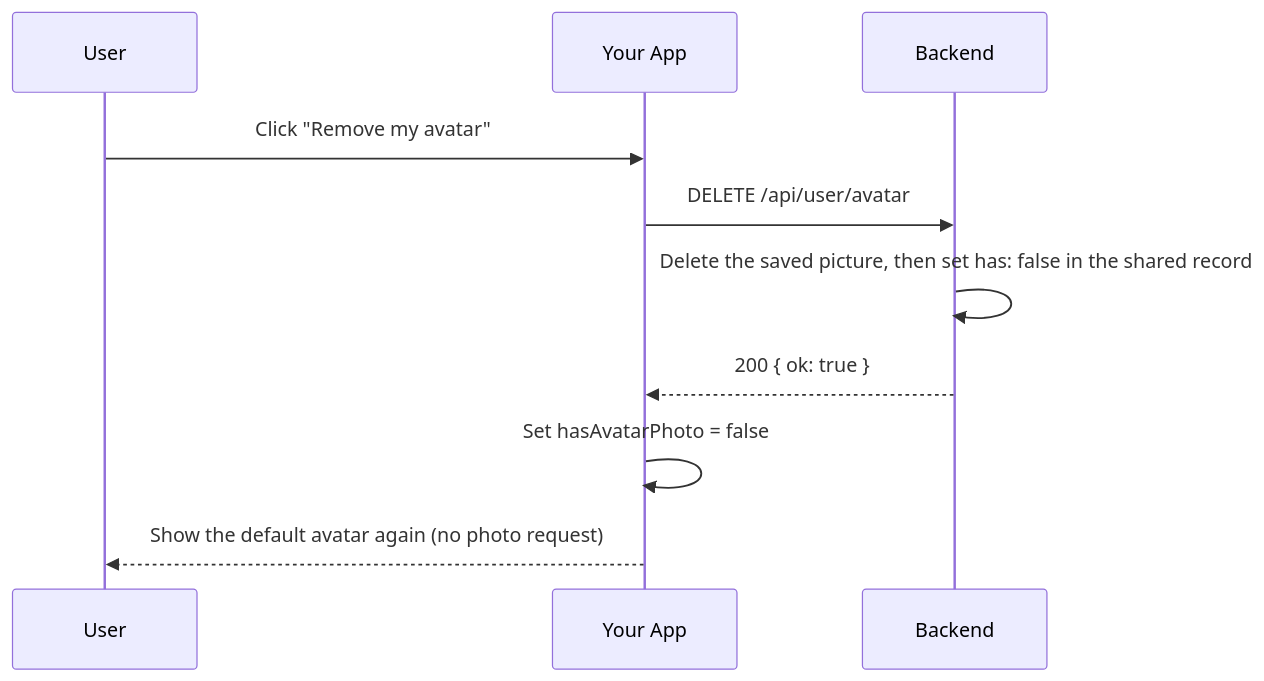
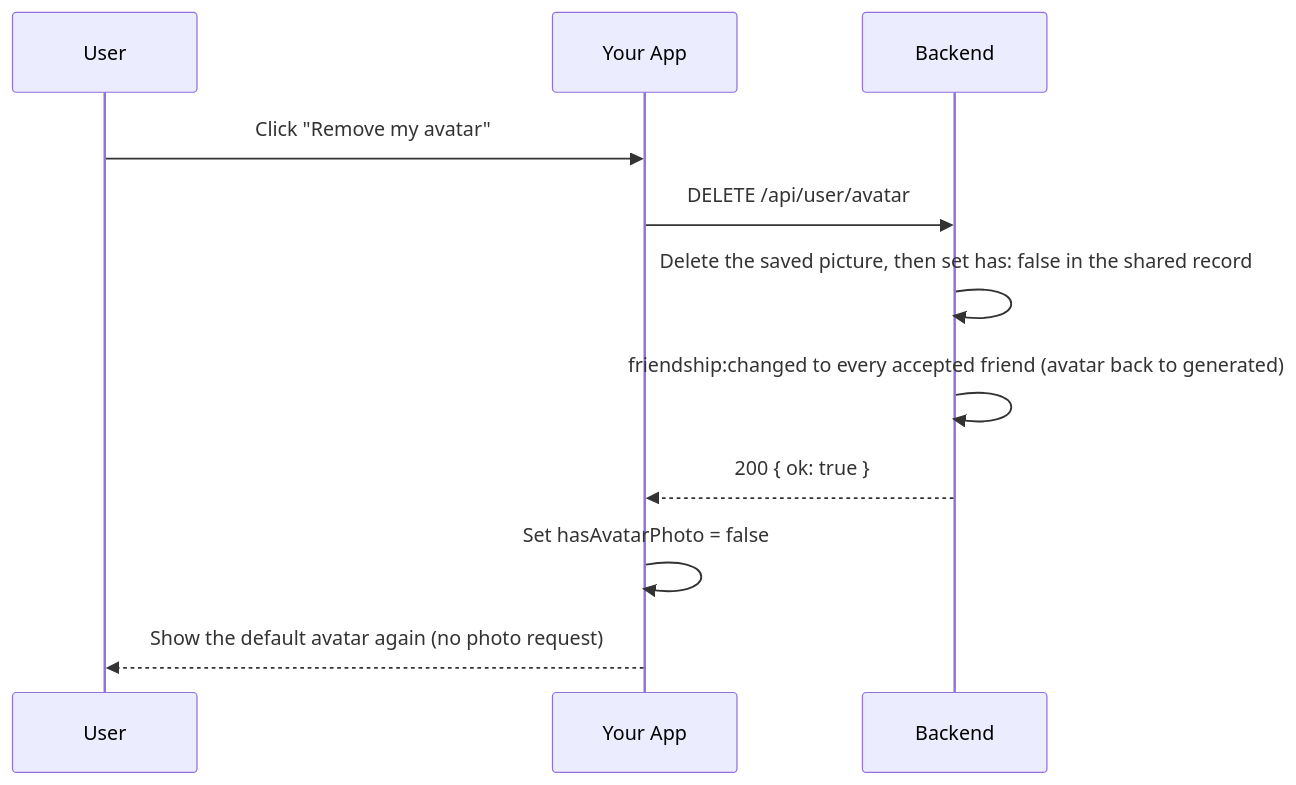
The fifth of 5 diagrams in docs/backend/backend-user-module.md (IrmaJoKerr/ft_transcendence-ludo), drawn with Mermaid before and after one commit. The commit also changed other lines of this file and 42 other files, not shown here.

````diff
--- a/docs/backend/backend-user-module.md
+++ b/docs/backend/backend-user-module.md
@@ -201,13 +203,14 @@
 ```mermaid
 sequenceDiagram
     participant User
     participant Site as Your App
     participant Server as Backend
 
     User->>Site: Click "Remove my avatar"
     Site->>Server: DELETE /api/user/avatar
     Server->>Server: Delete the saved picture, then set has: false in the shared record
+    Server->>Server: friendship:changed to every accepted friend (avatar back to generated)
     Server-->>Site: 200 { ok: true }
     Site->>Site: Set hasAvatarPhoto = false
     Site-->>User: Show the default avatar again (no photo request)
 ```
````
